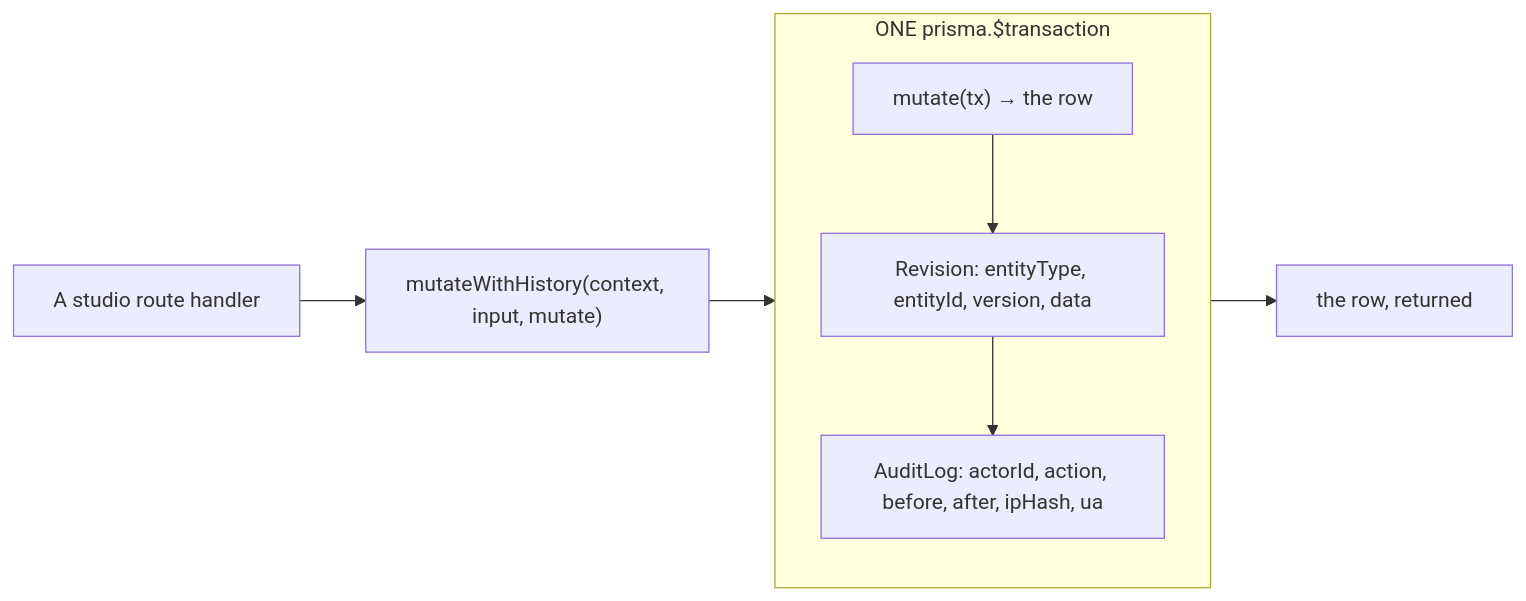
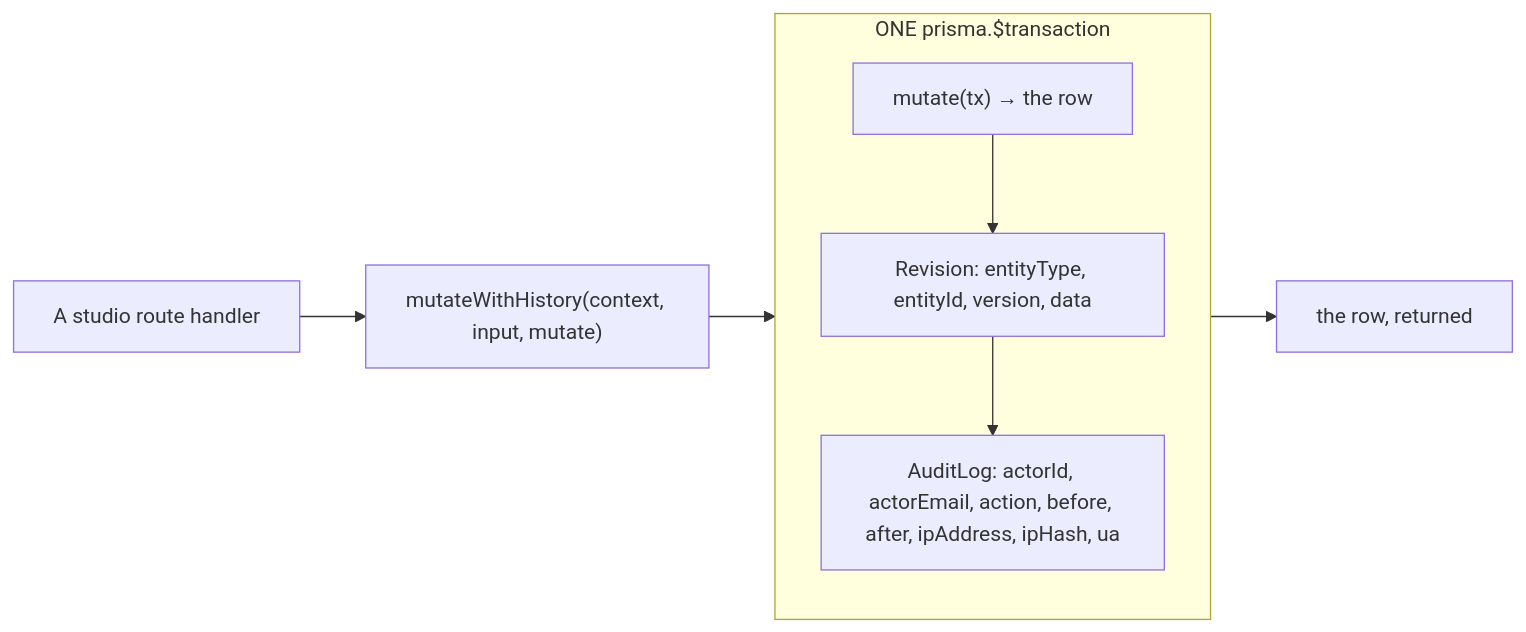
Diagram 15 of 16 in docs/ARCHITECTURE.md (cxacraftecosystem-ui/cxa-cms), drawn with Mermaid before and after one commit. The commit also changed 28 other files, not shown here.

````diff
--- a/docs/ARCHITECTURE.md
+++ b/docs/ARCHITECTURE.md
@@ -748,12 +748,12 @@
 ```mermaid
 flowchart LR
     call["A studio route handler"] --> mwh["mutateWithHistory(context, input, mutate)"]
     subgraph tx["ONE prisma.$transaction"]
         m["mutate(tx) → the row"]
         rev["Revision: entityType, entityId, version, data"]
-        aud["AuditLog: actorId, action, before, after, ipHash, ua"]
+        aud["AuditLog: actorId, actorEmail, action, before, after, ipAddress, ipHash, ua"]
         m --> rev --> aud
     end
     mwh --> tx
     tx --> out["the row, returned"]
 ```
````
